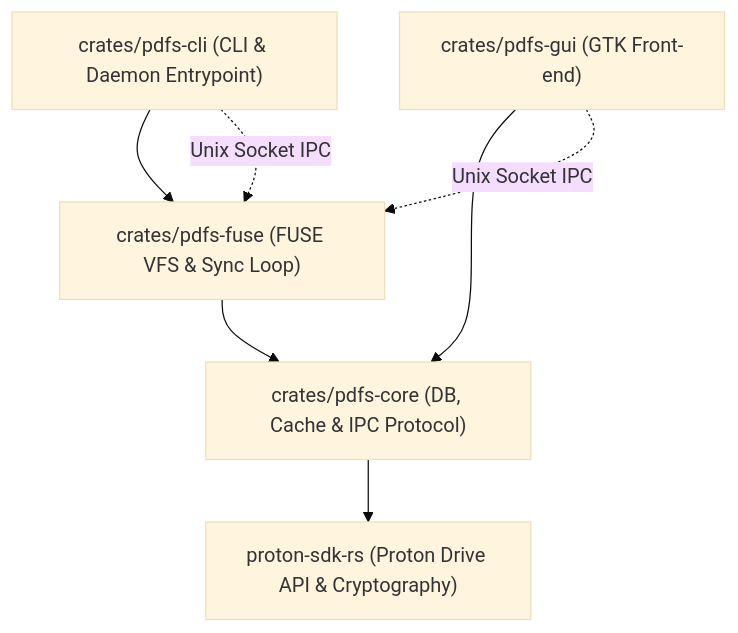
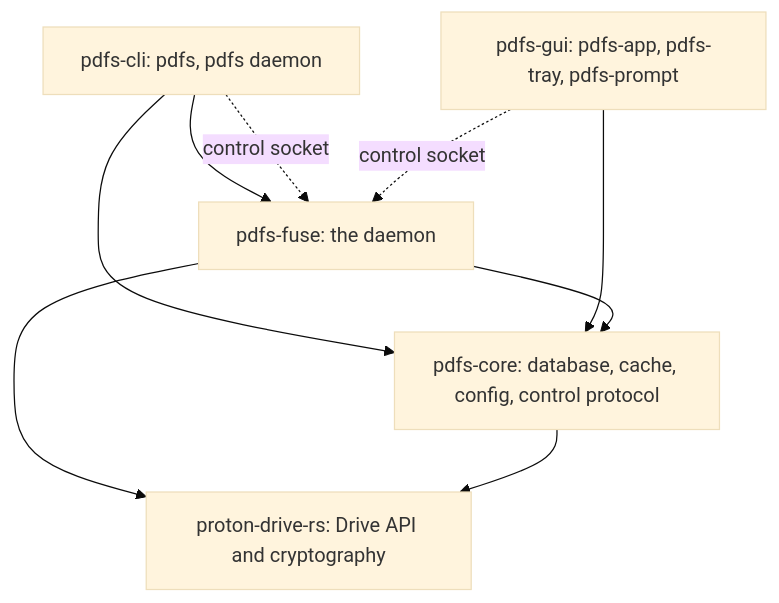
Before and after one commit to narrrl/proton-drive-linux: the first of 2 diagrams in docs/ARCHITECTURE.md, drawn with Mermaid (base theme). The commit also changed other lines of this file and 17 other files, not shown here.

````diff
--- a/docs/ARCHITECTURE.md
+++ b/docs/ARCHITECTURE.md
@@ -18,17 +30,17 @@
 ```mermaid
 graph TD
-    %% Crates
-    CLI["crates/pdfs-cli (CLI & Daemon Entrypoint)"]
-    GUI["crates/pdfs-gui (GTK Front-end)"]
-    FUSE["crates/pdfs-fuse (FUSE VFS & Sync Loop)"]
-    CORE["crates/pdfs-core (DB, Cache & IPC Protocol)"]
-    SDK["proton-sdk-rs (Proton Drive API & Cryptography)"]
+    CLI["pdfs-cli: pdfs, pdfs daemon"]
+    GUI["pdfs-gui: pdfs-app, pdfs-tray, pdfs-prompt"]
+    FUSE["pdfs-fuse: the daemon"]
+    CORE["pdfs-core: database, cache, config, control protocol"]
+    SDK["proton-drive-rs: Drive API and cryptography"]
 
-    %% Dependencies
     CLI --> FUSE
+    CLI --> CORE
     GUI --> CORE
     FUSE --> CORE
+    FUSE --> SDK
     CORE --> SDK
-    CLI -.->|Unix Socket IPC| FUSE
-    GUI -.->|Unix Socket IPC| FUSE
+    CLI -.->|control socket| FUSE
+    GUI -.->|control socket| FUSE
 ```
````
